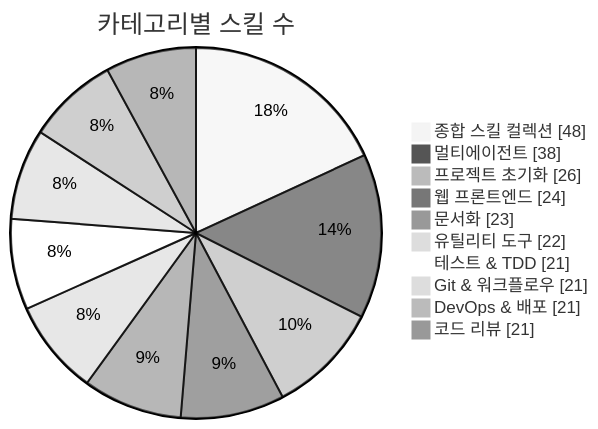
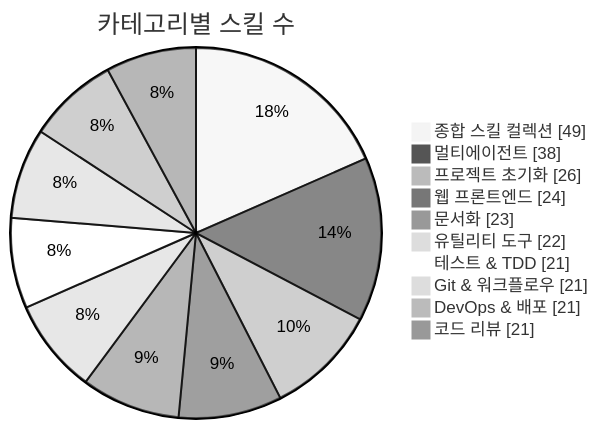
One commit to J-nowcow/awesome-korean-agent-skills changed the first of 3 diagrams in README.md. Above: the diagram before and after it, drawn with Mermaid (neutral theme). The commit also changed other lines of this file and 3 other files, not shown here.

````diff
--- a/README.md
+++ b/README.md
@@ -176,14 +176,14 @@
 ```mermaid
 pie showData
     title 카테고리별 스킬 수
-    "종합 스킬 컬렉션" : 48
+    "종합 스킬 컬렉션" : 49
     "멀티에이전트" : 38
     "프로젝트 초기화" : 26
     "웹 프론트엔드" : 24
     "문서화" : 23
     "유틸리티 도구" : 22
     "테스트 & TDD" : 21
     "Git & 워크플로우" : 21
     "DevOps & 배포" : 21
     "코드 리뷰" : 21
 ```
````
